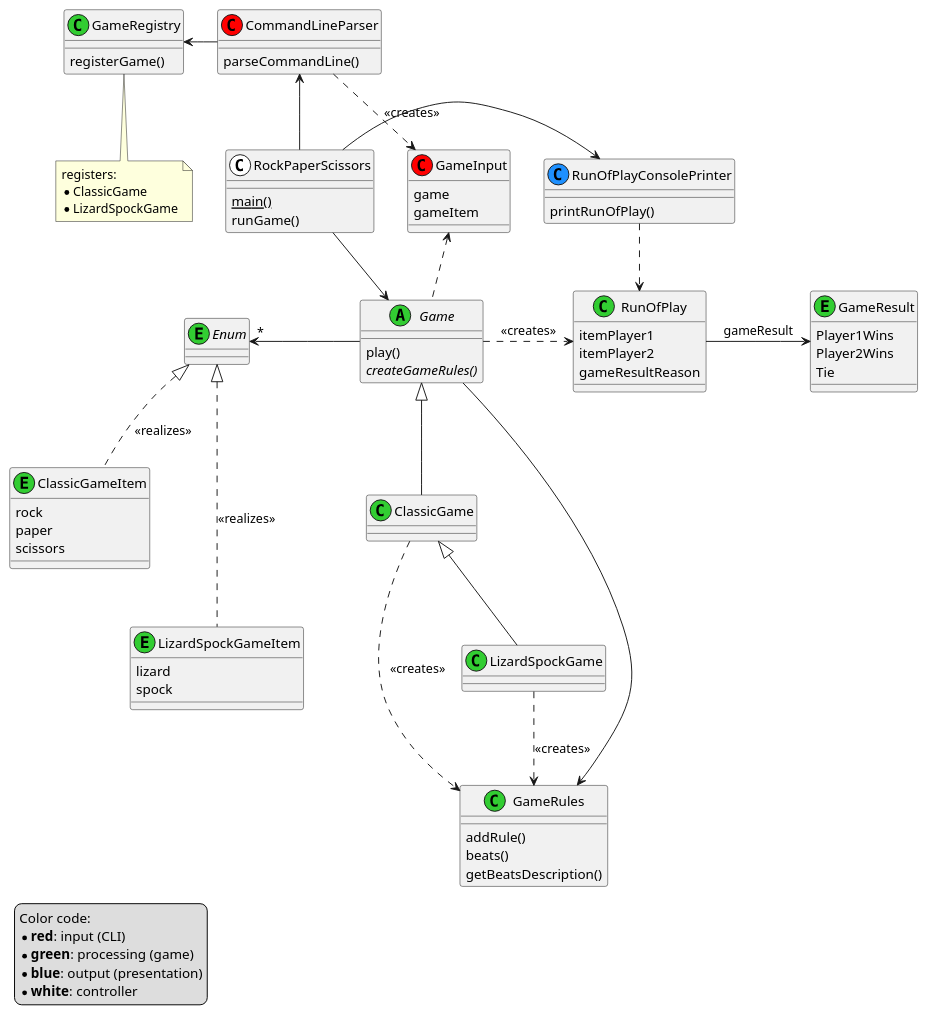
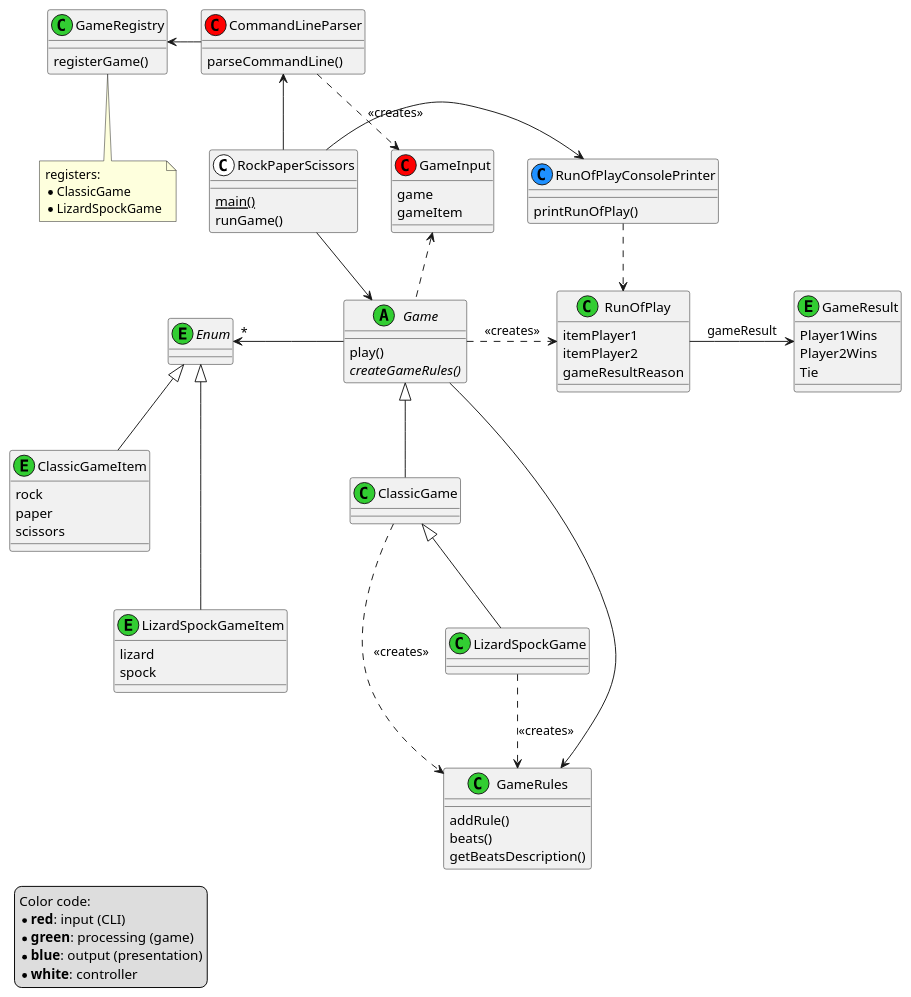
Before and after one commit to bhelfert/rock-paper-scissors: the diagram in src/main/plantuml/rock-paper-scissors-class-diagram.plantuml, drawn with PlantUML. The commit also changed 1 other file, not shown here.

Commit message:
Updated inheritance relationships of GameItem classes to their parent class.

```diff
--- a/src/main/plantuml/rock-paper-scissors-class-diagram.plantuml
+++ b/src/main/plantuml/rock-paper-scissors-class-diagram.plantuml
@@ -1,126 +1,126 @@
 @startuml
 
 ' This is a PlantUML file that describes a UML Class Diagram textually.
 ' See http://plantuml.com for more information.
 
 
 
 class GameRegistry << (C, limegreen) >> {
     registerGame()
 }
 note bottom: registers:\n* ClassicGame \n* LizardSpockGame
 
 
 
 class CommandLineParser << (C, red) >> {
     parseCommandLine()
 }
 CommandLineParser -left-> GameRegistry
 CommandLineParser .down.> GameInput : << creates >>
 
 
 
 class RockPaperScissors << (C, white) >> {
     {static} main()
     runGame()
 }
 RockPaperScissors -left-> CommandLineParser
 RockPaperScissors -down-> Game
 RockPaperScissors -right-> RunOfPlayConsolePrinter
 
 
 
 class RunOfPlayConsolePrinter << (C,dodgerblue) >> {
     printRunOfPlay()
 }
 RunOfPlayConsolePrinter ..> RunOfPlay
 
 
 
 abstract class Game << (A,limegreen) >> {
     play()
     {abstract} createGameRules()
 }
 Game .up.> GameInput
 Game --> GameRules
 Game -left-> "*" Enum
 Game .right.> RunOfPlay : << creates >>
 
 
 
 class GameRules << (C,limegreen) >> {
     addRule()
     beats()
     getBeatsDescription()
 }
 
 
 
 class GameInput << (C,red) >> {
     game
     gameItem
 }
 
 
 
 class ClassicGame << (C,limegreen) >> {
 }
 Game <|-- ClassicGame
 ClassicGame .right.> GameRules : << creates >>
 
 
 
 class LizardSpockGame << (C,limegreen) >> {
 }
 ClassicGame <|-- LizardSpockGame
 LizardSpockGame ..> GameRules : << creates >>
 
 
 
 abstract class Enum << (E,limegreen) >>
 
 
 
 enum ClassicGameItem << (E,limegreen) >> {
     rock
     paper
     scissors
 }
-Enum <|.. ClassicGameItem : << realizes >>
+Enum <|-- ClassicGameItem
 
 
 
 enum LizardSpockGameItem << (E,limegreen) >> {
     lizard
     spock
 }
-Enum <|... LizardSpockGameItem : << realizes >>
+Enum <|--- LizardSpockGameItem
 
 
 
 class RunOfPlay << (C,limegreen) >> {
     itemPlayer1
     itemPlayer2
     gameResultReason
 }
 RunOfPlay -right-> GameResult : gameResult
 
 
 
 enum GameResult << (E,limegreen) >> {
     Player1Wins
     Player2Wins
     Tie
 }
 
 
 
 legend left
   Color code:
   *<b>red</b>: input (CLI)
   *<b>green</b>: processing (game)
   *<b>blue</b>: output (presentation)
   *<b>white</b>: controller
 endlegend
 
 @enduml
```
